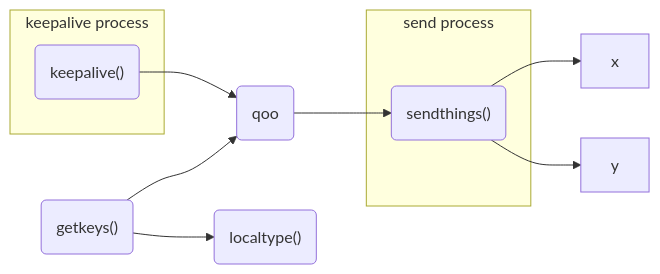
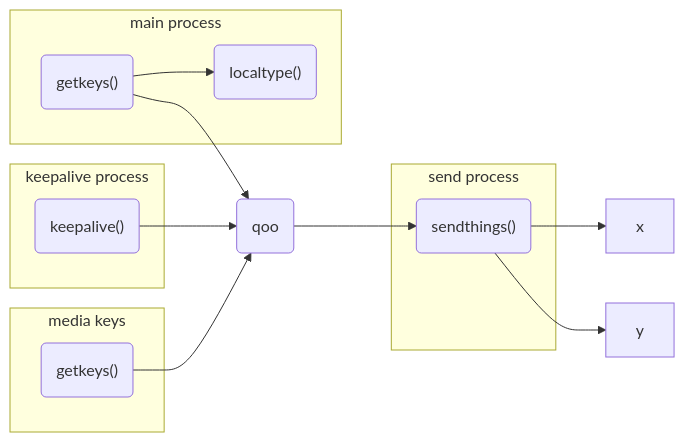
One commit to pxp888/keeb changed the first of 2 diagrams in README.md. Above: the diagram before and after it, drawn with Mermaid. The commit also changed 1 other file, not shown here.

Commit message:
add max q size for serve.py

````diff
--- a/README.md
+++ b/README.md
@@ -17,25 +17,34 @@
 ```mermaid
 graph LR
 
 gk("getkeys()")
 ka("keepalive()")
 qoo(qoo)
 st("sendthings()")
 lt("localtype()")
 
 
 gk & ka --> qoo --> st
 gk --> lt
 st --> x & y
 
+subgraph "main process"
+    gk
+    lt
+end
 
 subgraph "keepalive process"
     ka
 end
 
 subgraph "send process"
     st
 end
 
+subgraph "media keys"
+    gk2("getkeys()")
+end
+gk2 --> qoo
+
 
 ```
````
